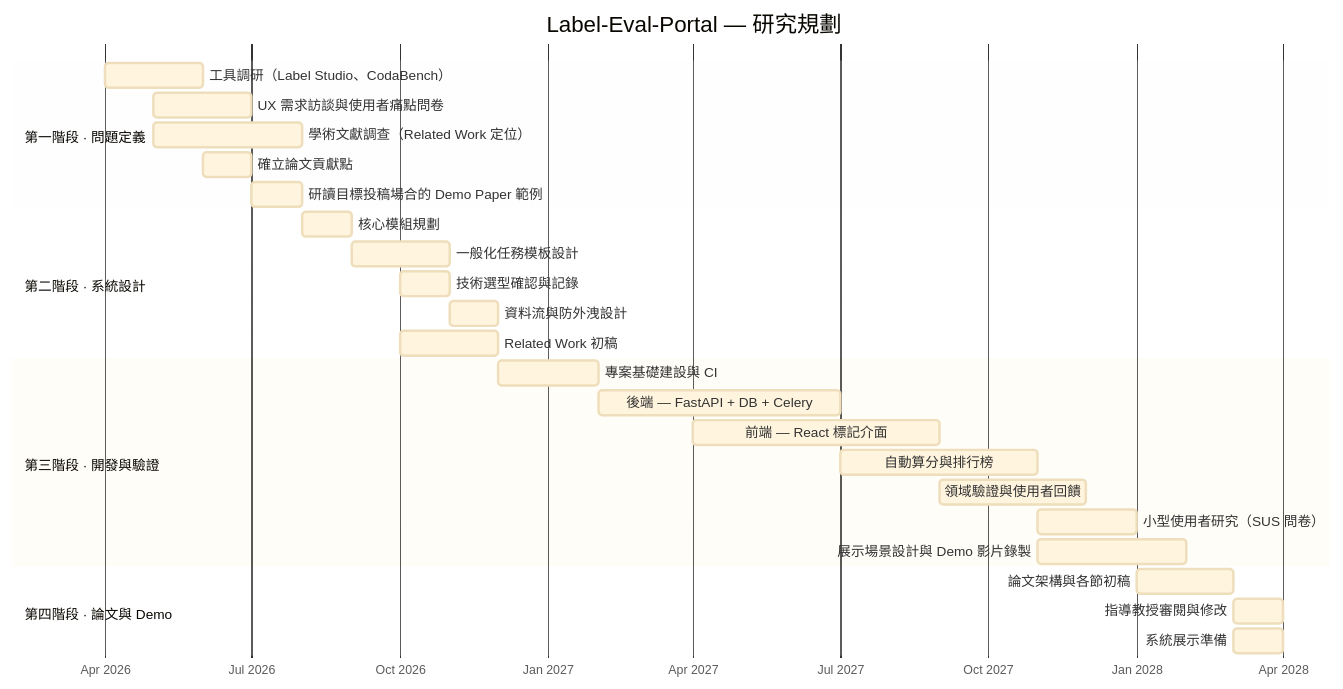
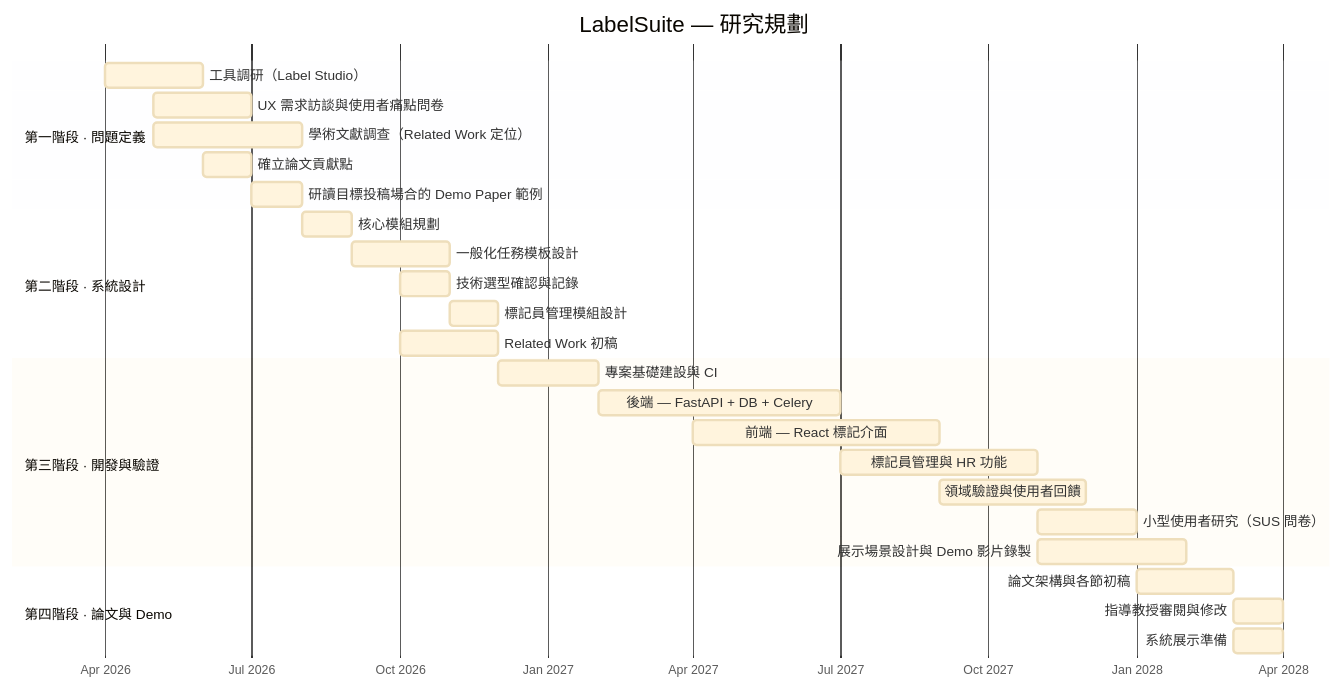
Before and after one commit to singyichen/label-suite: the diagram in README.zh-TW.md, drawn with Mermaid. The commit also changed other lines of this file and 6 other files, not shown here.

First line of the commit message:
docs: remove all CodaBench references, pivot to annotation-only platform

````diff
--- a/README.zh-TW.md
+++ b/README.zh-TW.md
@@ -89,46 +96,46 @@
 ```mermaid
 %%{init: {
   "theme": "base",
   "themeVariables": {
     "cScale0": "#3B82F6",
     "cScale1": "#8B5CF6",
     "cScale2": "#10B981",
     "cScale3": "#F59E0B",
     "gridColor": "#E5E7EB",
     "todayLineColor": "#EF4444",
     "fontSize": "14px"
   }
 }}%%
 gantt
-    title Label-Eval-Portal — 研究規劃
+    title LabelSuite — 研究規劃
     dateFormat  YYYY-MM-DD
     axisFormat  %b %Y
 
     section 第一階段 · 問題定義
-    工具調研（Label Studio、CodaBench）         :p1a, 2026-04-01, 2026-06-01
-    UX 需求訪談與使用者痛點問卷                  :p1d, 2026-05-01, 2026-07-01
-    學術文獻調查（Related Work 定位）            :p1e, 2026-05-01, 2026-08-01
-    確立論文貢獻點                              :p1b, 2026-06-01, 2026-07-01
-    研讀目標投稿場合的 Demo Paper 範例           :p1c, 2026-07-01, 2026-08-01
+    工具調研（Label Studio）                      :p1a, 2026-04-01, 2026-06-01
+    UX 需求訪談與使用者痛點問卷                   :p1d, 2026-05-01, 2026-07-01
+    學術文獻調查（Related Work 定位）             :p1e, 2026-05-01, 2026-08-01
+    確立論文貢獻點                               :p1b, 2026-06-01, 2026-07-01
+    研讀目標投稿場合的 Demo Paper 範例            :p1c, 2026-07-01, 2026-08-01
 
     section 第二階段 · 系統設計
-    核心模組規劃                                :p2a, 2026-08-01, 2026-09-01
-    一般化任務模板設計                          :p2b, 2026-09-01, 2026-11-01
-    技術選型確認與記錄                          :p2c, 2026-10-01, 2026-11-01
-    資料流與防外洩設計                          :p2d, 2026-11-01, 2026-12-01
-    Related Work 初稿                          :p2e, 2026-10-01, 2026-12-01
+    核心模組規劃                                 :p2a, 2026-08-01, 2026-09-01
+    一般化任務模板設計                           :p2b, 2026-09-01, 2026-11-01
+    技術選型確認與記錄                           :p2c, 2026-10-01, 2026-11-01
+    標記員管理模組設計                           :p2d, 2026-11-01, 2026-12-01
+    Related Work 初稿                           :p2e, 2026-10-01, 2026-12-01
 
     section 第三階段 · 開發與驗證
-    專案基礎建設與 CI                           :p3a, 2026-12-01, 2027-02-01
-    後端 — FastAPI + DB + Celery               :p3b, 2027-02-01, 2027-07-01
-    前端 — React 標記介面                      :p3c, 2027-04-01, 2027-09-01
-    自動算分與排行榜                            :p3d, 2027-07-01, 2027-11-01
-    領域驗證與使用者回饋                        :p3e, 2027-09-01, 2027-12-01
-    小型使用者研究（SUS 問卷）                  :p3g, 2027-11-01, 2028-01-01
-    展示場景設計與 Demo 影片錄製                :p3h, 2027-11-01, 2028-02-01
+    專案基礎建設與 CI                            :p3a, 2026-12-01, 2027-02-01
+    後端 — FastAPI + DB + Celery                :p3b, 2027-02-01, 2027-07-01
+    前端 — React 標記介面                       :p3c, 2027-04-01, 2027-09-01
+    標記員管理與 HR 功能                         :p3d, 2027-07-01, 2027-11-01
+    領域驗證與使用者回饋                         :p3e, 2027-09-01, 2027-12-01
+    小型使用者研究（SUS 問卷）                   :p3g, 2027-11-01, 2028-01-01
+    展示場景設計與 Demo 影片錄製                 :p3h, 2027-11-01, 2028-02-01
 
     section 第四階段 · 論文與 Demo
-    論文架構與各節初稿                          :p4a, 2028-01-01, 2028-03-01
-    指導教授審閱與修改                          :p4b, 2028-03-01, 2028-04-01
-    系統展示準備                                :p4c, 2028-03-01, 2028-04-01
+    論文架構與各節初稿                           :p4a, 2028-01-01, 2028-03-01
+    指導教授審閱與修改                           :p4b, 2028-03-01, 2028-04-01
+    系統展示準備                                 :p4c, 2028-03-01, 2028-04-01
 ```
````
